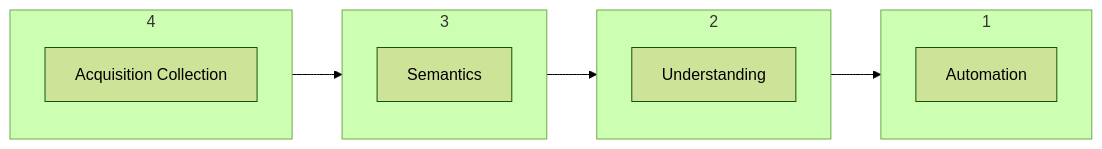
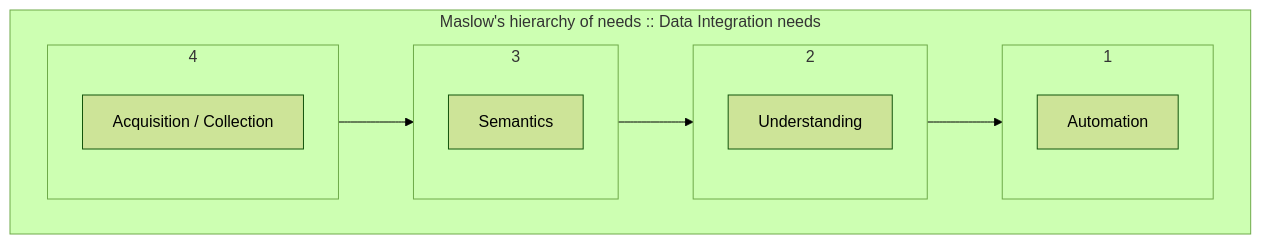
Before and after one commit to vikrampawar/learn-kafka: the first of 9 diagrams in pages/ILoveLogsApacheKafkaAndRealTimeDataIntegration.md, drawn with Mermaid (forest theme). The commit also changed other lines of this file, not shown here.

````diff
--- a/pages/ILoveLogsApacheKafkaAndRealTimeDataIntegration.md
+++ b/pages/ILoveLogsApacheKafkaAndRealTimeDataIntegration.md
@@ -23,27 +19,29 @@
 ```mermaid
-
 
 flowchart  LR
 
+subgraph "Maslow's hierarchy of needs :: Data Integration needs"
+    direction LR
     subgraph 1
         A[Automation]
 
     end
     subgraph 2
         U[Understanding]
 
     end
     subgraph 3
         S[Semantics]
 
     end
 
     subgraph 4
-        AC[Acquisition Collection]
+        AC[Acquisition / Collection]
     end
 
     4 --> 3
     3 --> 2
     2 --> 1
+end
 
 ```
````
